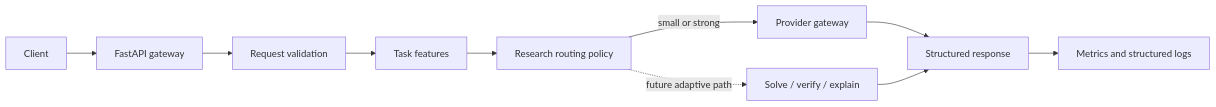
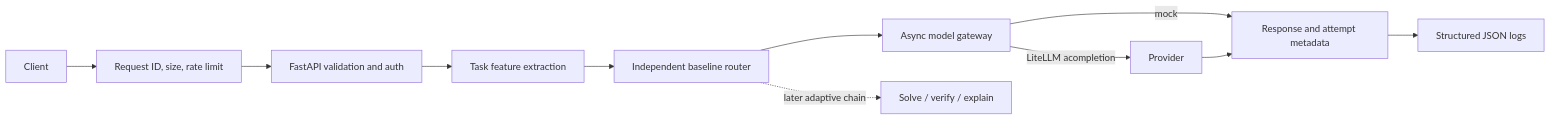
Before and after one commit to NguyenDucThang-tb/ai-tutor-router: the diagram in docs/architecture/system_design.md, drawn with Mermaid. The commit also changed other lines of this file and 30 other files, not shown here.

````diff
--- a/docs/architecture/system_design.md
+++ b/docs/architecture/system_design.md
@@ -3,12 +3,13 @@
 ```mermaid
 flowchart LR
-  C[Client] --> A[FastAPI gateway]
-  A --> V[Request validation]
-  V --> F[Task features]
-  F --> R[Research routing policy]
-  R -->|small or strong| G[Provider gateway]
-  R -. future adaptive path .-> CH[Solve / verify / explain]
-  G --> O[Structured response]
-  CH --> O
-  O --> M[Metrics and structured logs]
+  C[Client] --> M[Request ID, size, rate limit]
+  M --> A[FastAPI validation and auth]
+  A --> F[Task feature extraction]
+  F --> R[Independent baseline router]
+  R --> G[Async model gateway]
+  G -->|mock| O[Response and attempt metadata]
+  G -->|LiteLLM acompletion| P[Provider]
+  P --> O
+  O --> L[Structured JSON logs]
+  R -. later adaptive chain .-> CH[Solve / verify / explain]
 ```
````
